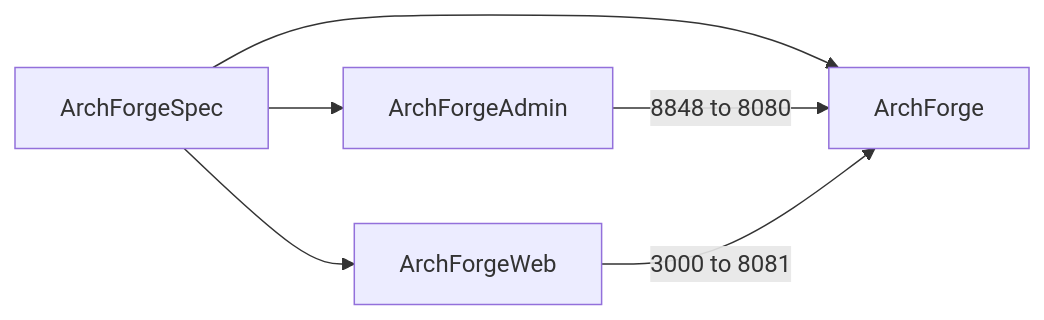
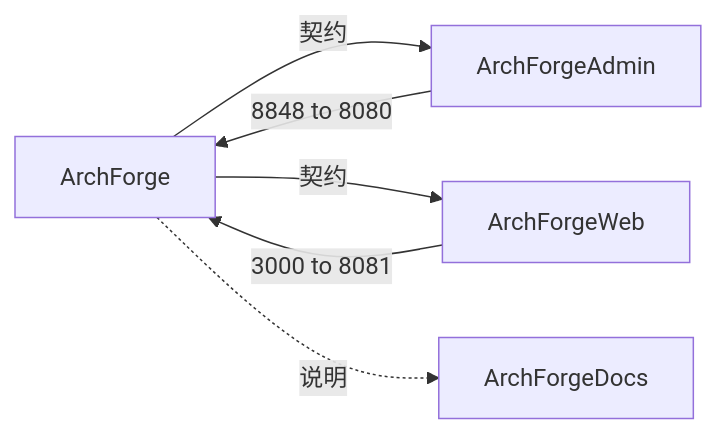
The diagram in docs/zh/guide/project-structure.md (sofn/ArchForgeDocs), drawn with Mermaid before and after one commit. The commit also changed other lines of this file and 37 other files, not shown here.

````diff
--- a/docs/zh/guide/project-structure.md
+++ b/docs/zh/guide/project-structure.md
@@ -18,12 +19,12 @@
 ```mermaid
 flowchart LR
-  Spec[ArchForgeSpec]
   Backend[ArchForge]
   Admin[ArchForgeAdmin]
   Web[ArchForgeWeb]
-  Spec --> Backend
-  Spec --> Admin
-  Spec --> Web
+  Docs[ArchForgeDocs]
+  Backend -->|契约| Admin
+  Backend -->|契约| Web
+  Backend -.->|说明| Docs
   Admin -->|8848 to 8080| Backend
   Web -->|3000 to 8081| Backend
 ```
````
